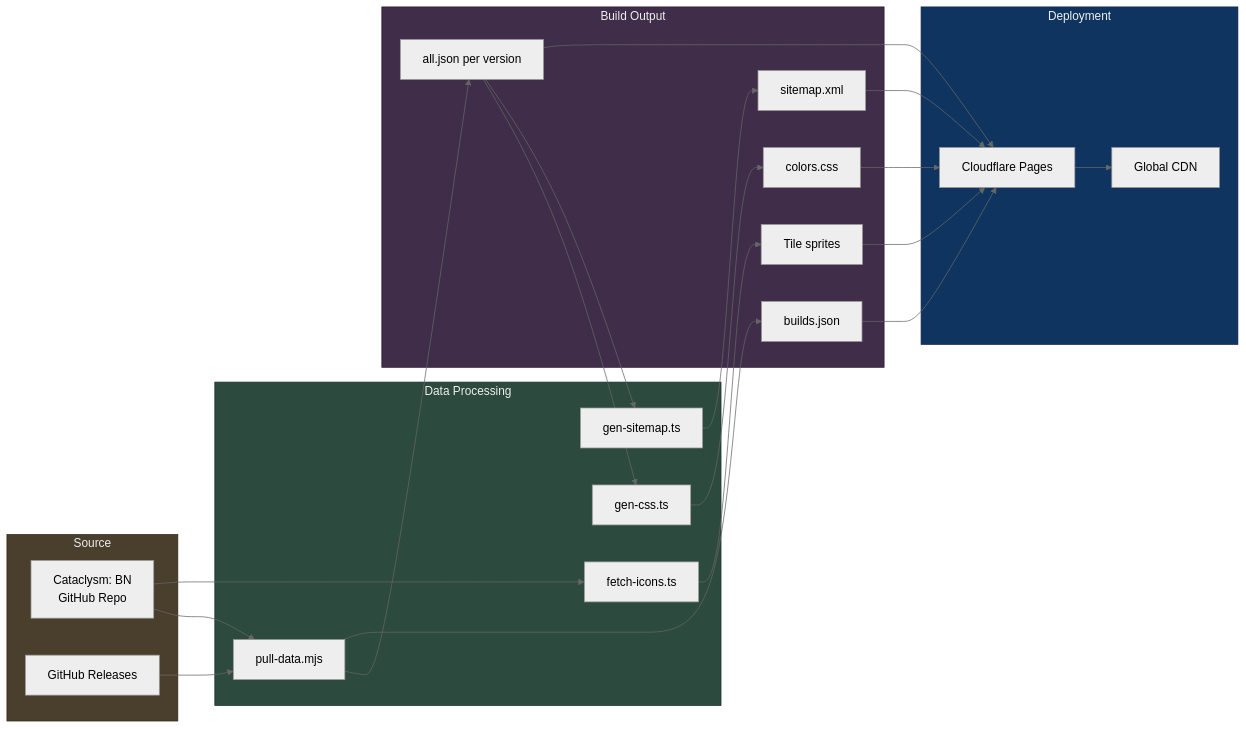
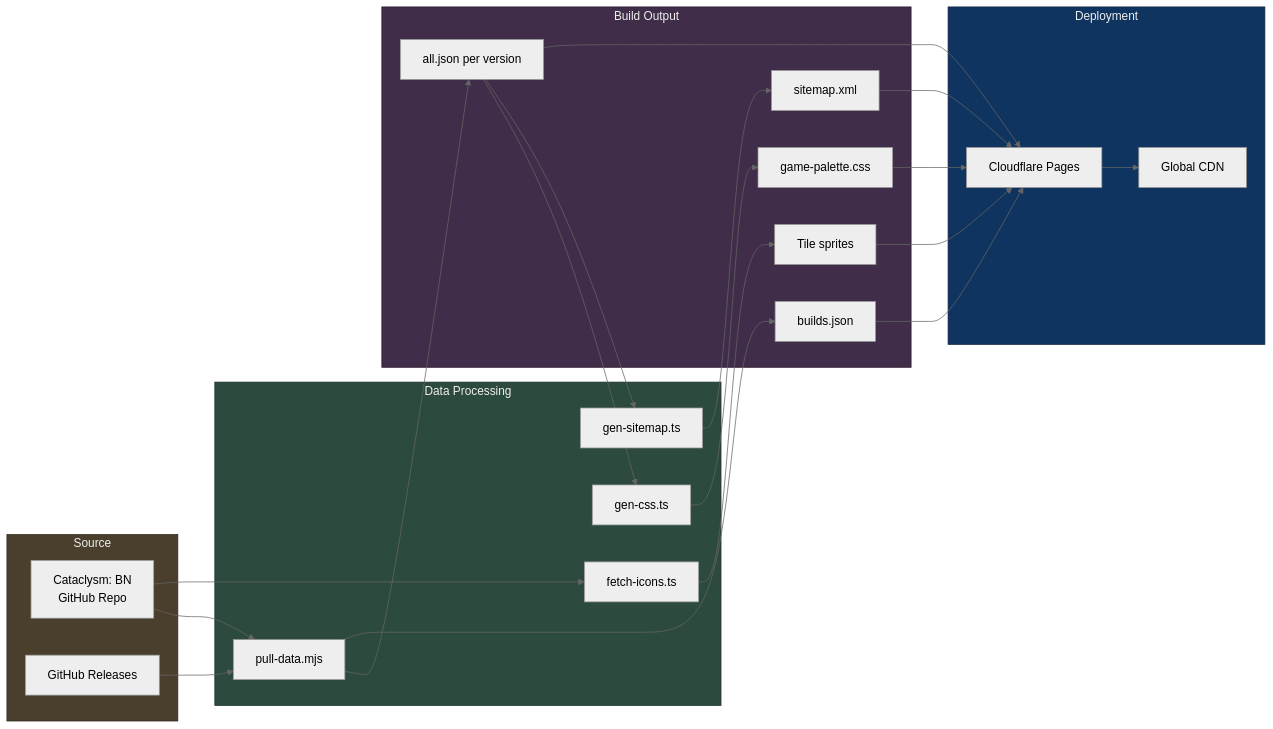
Before and after one commit to ushkinaz/cbn-guide: the eighth of 9 diagrams in docs/architecture.md, drawn with Mermaid (neutral theme). The commit also changed other lines of this file and 8 other files, not shown here.

Commit message:
refactor(styles): migrate global.css to game-palette.css and design.css for clearer separation of game and UI styling

````diff
--- a/docs/architecture.md
+++ b/docs/architecture.md
@@ -274,50 +274,50 @@
 ```mermaid
 flowchart LR
     subgraph Source["Source"]
         BNRepo[Cataclysm: BN<br/>GitHub Repo]
         Releases[GitHub Releases]
     end
 
     subgraph Processing["Data Processing"]
         PullData[pull-data.mjs]
         GenCSS[gen-css.ts]
         GenSitemap[gen-sitemap.ts]
         FetchIcons[fetch-icons.ts]
     end
 
     subgraph Output["Build Output"]
         AllJSON[all.json per version]
         BuildsJSON[builds.json]
-        ColorsCSS[colors.css]
+        ColorsCSS[game-palette.css]
         Sitemap[sitemap.xml]
         Sprites[Tile sprites]
     end
 
     subgraph Deploy["Deployment"]
         Cloudflare[Cloudflare Pages]
         CDN[Global CDN]
     end
 
     BNRepo --> PullData
     Releases --> PullData
     PullData --> AllJSON
     PullData --> BuildsJSON
     AllJSON --> GenCSS
     GenCSS --> ColorsCSS
     AllJSON --> GenSitemap
     GenSitemap --> Sitemap
     BNRepo --> FetchIcons
     FetchIcons --> Sprites
 
     AllJSON --> Cloudflare
     BuildsJSON --> Cloudflare
     ColorsCSS --> Cloudflare
     Sitemap --> Cloudflare
     Sprites --> Cloudflare
     Cloudflare --> CDN
 
     style Source fill:#4a3f2d,stroke:#2f2a1a,color:#eee
     style Processing fill:#2d4a3e,stroke:#1a2f26,color:#eee
     style Output fill:#3f2d4a,stroke:#2a1a2f,color:#eee
     style Deploy fill:#0f3460,stroke:#16213e,color:#eee
 ```
````
